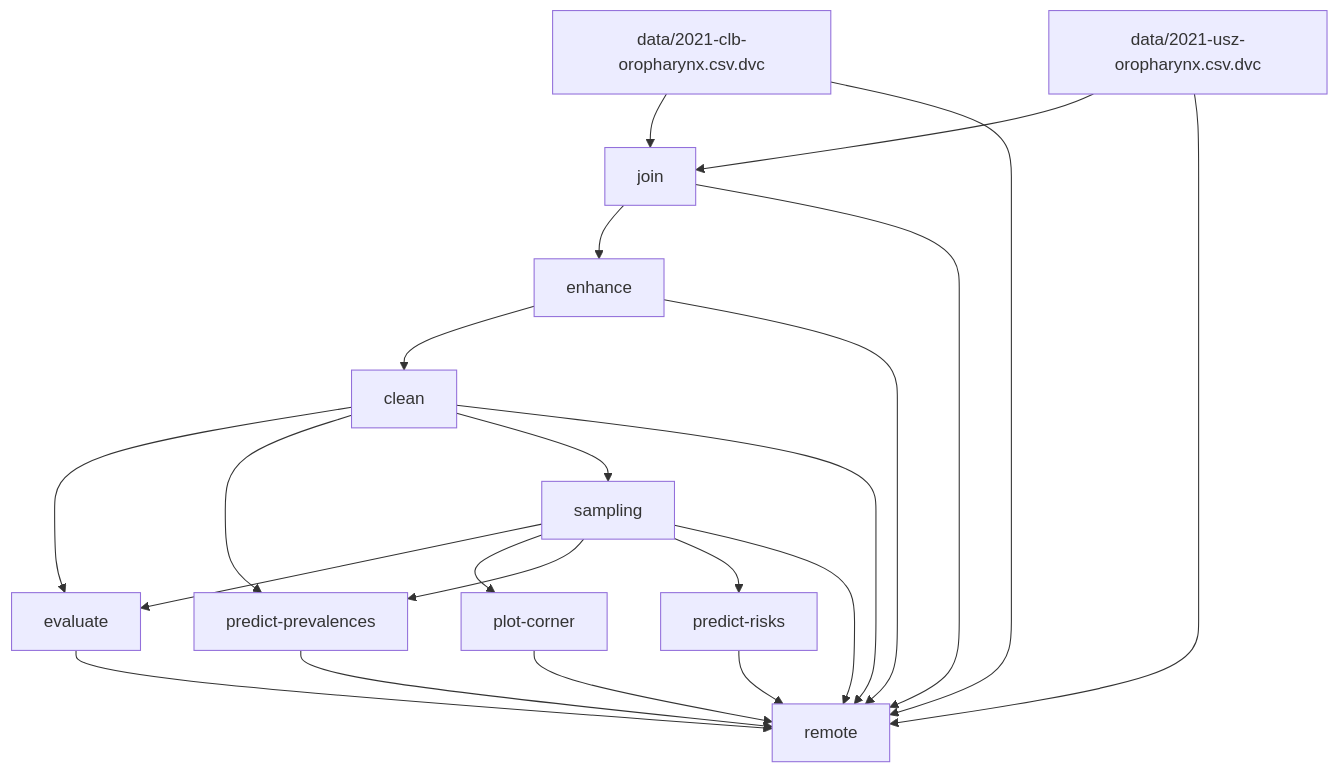
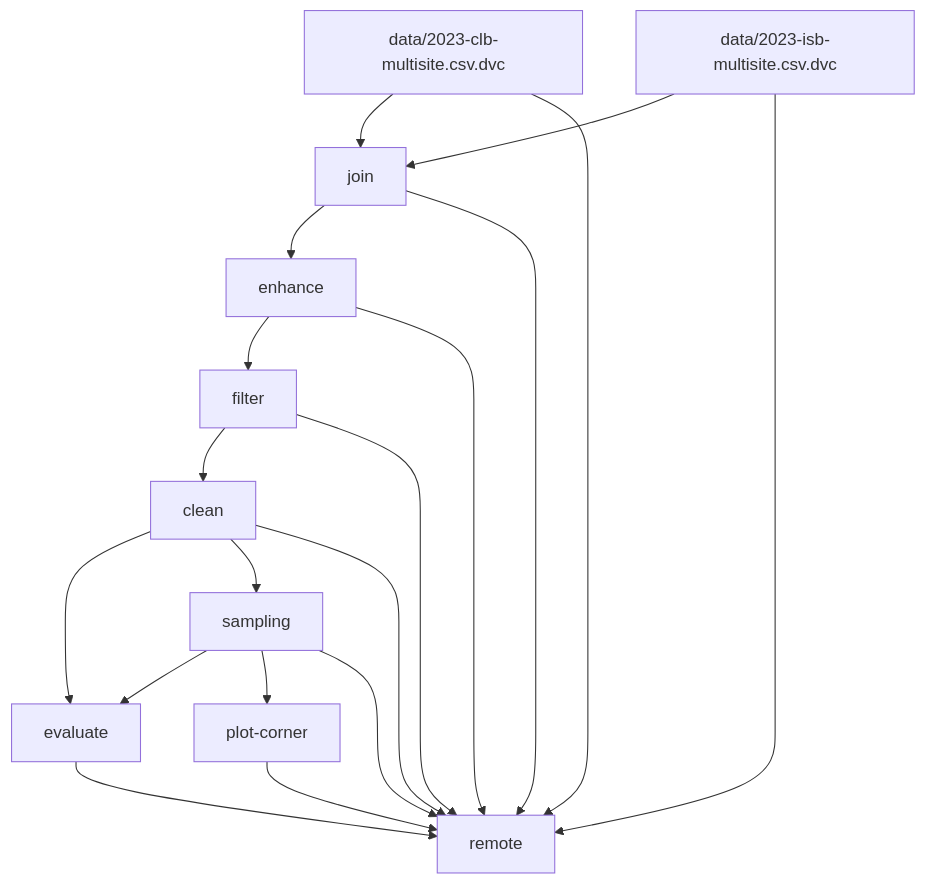
One commit to rmnldwg/lynference changed the diagram in dag.md. Above: the diagram before and after it, drawn with Mermaid. The commit also changed 7 other files, not shown here.

````diff
--- a/dag.md
+++ b/dag.md
@@ -1,35 +1,31 @@
 ```mermaid
 flowchart TD
-	node1["data/2021-clb-oropharynx.csv.dvc"]
-	node2["data/2021-usz-oropharynx.csv.dvc"]
+	node1["data/2023-clb-multisite.csv.dvc"]
+	node2["data/2023-isb-multisite.csv.dvc"]
 	node3["clean"]
 	node4["enhance"]
 	node5["evaluate"]
-	node6["join"]
-	node7["plot-corner"]
-	node8["predict-prevalences"]
-	node9["predict-risks"]
-	node10["sampling"]
-	node11["remote"]
-	node1-->node6
-	node1-->node11
-	node2-->node6
-	node2-->node11
+	node6["filter"]
+	node7["join"]
+	node8["plot-corner"]
+	node9["sampling"]
+	node10["remote"]
+	node1-->node7
+	node1-->node10
+	node2-->node7
+	node2-->node10
 	node3-->node5
-	node3-->node8
+	node3-->node9
 	node3-->node10
-	node3-->node11
-	node4-->node3
-	node4-->node11
-	node5-->node11
-	node6-->node4
-	node6-->node11
-	node7-->node11
-	node8-->node11
-	node9-->node11
-	node10-->node5
-	node10-->node7
-	node10-->node8
-	node10-->node9
-	node10-->node11
+	node4-->node6
+	node4-->node10
+	node5-->node10
+	node6-->node3
+	node6-->node10
+	node7-->node4
+	node7-->node10
+	node8-->node10
+	node9-->node5
+	node9-->node8
+	node9-->node10
 ```
````
